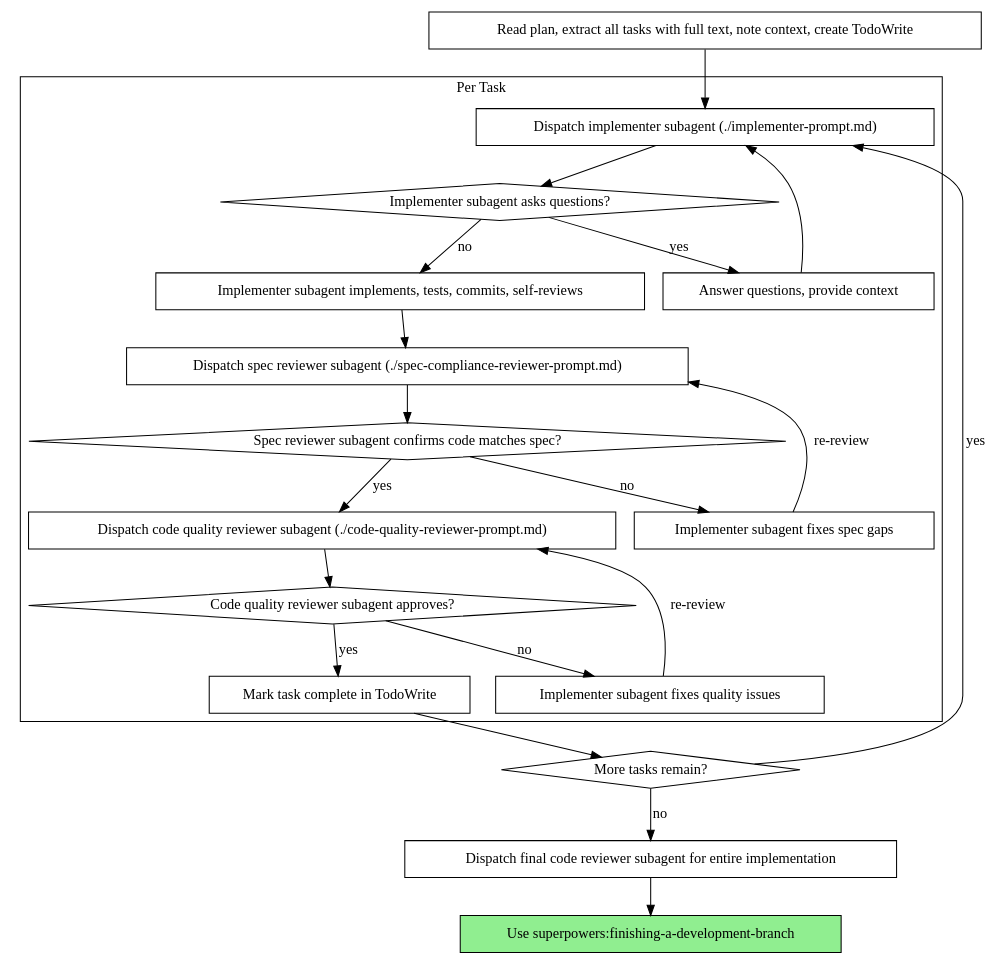
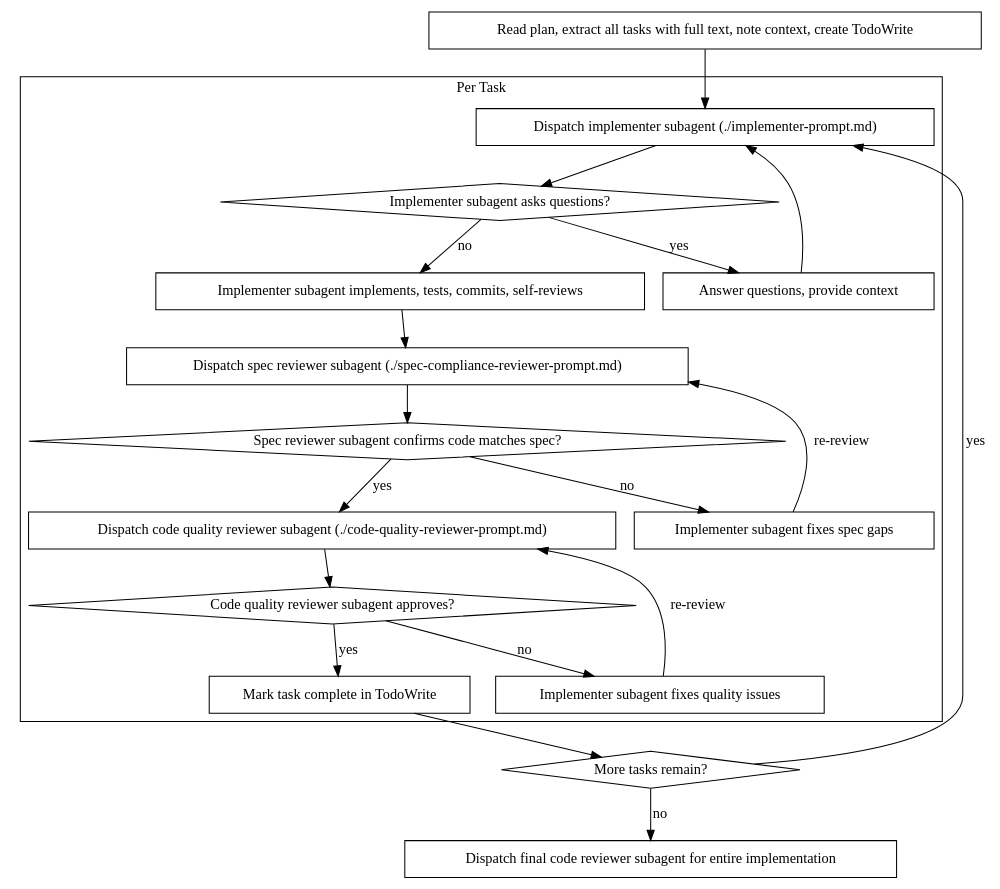
Before and after one commit to Yongbeom-Kim/personal-claude-code: the diagram in development/skills/subagent-driven-execution/SKILL.md, drawn with Graphviz. The commit also changed 3 other files, not shown here.

````diff
--- a/development/skills/subagent-driven-execution/SKILL.md
+++ b/development/skills/subagent-driven-execution/SKILL.md
@@ -18,44 +18,42 @@
 ```dot
 digraph process {
     rankdir=TB;
 
     subgraph cluster_per_task {
         label="Per Task";
         "Dispatch implementer subagent (./implementer-prompt.md)" [shape=box];
         "Implementer subagent asks questions?" [shape=diamond];
         "Answer questions, provide context" [shape=box];
         "Implementer subagent implements, tests, commits, self-reviews" [shape=box];
         "Dispatch spec reviewer subagent (./spec-compliance-reviewer-prompt.md)" [shape=box];
         "Spec reviewer subagent confirms code matches spec?" [shape=diamond];
         "Implementer subagent fixes spec gaps" [shape=box];
         "Dispatch code quality reviewer subagent (./code-quality-reviewer-prompt.md)" [shape=box];
         "Code quality reviewer subagent approves?" [shape=diamond];
         "Implementer subagent fixes quality issues" [shape=box];
         "Mark task complete in TodoWrite" [shape=box];
     }
 
     "Read plan, extract all tasks with full text, note context, create TodoWrite" [shape=box];
     "More tasks remain?" [shape=diamond];
     "Dispatch final code reviewer subagent for entire implementation" [shape=box];
-    "Use superpowers:finishing-a-development-branch" [shape=box style=filled fillcolor=lightgreen];
 
     "Read plan, extract all tasks with full text, note context, create TodoWrite" -> "Dispatch implementer subagent (./implementer-prompt.md)";
     "Dispatch implementer subagent (./implementer-prompt.md)" -> "Implementer subagent asks questions?";
     "Implementer subagent asks questions?" -> "Answer questions, provide context" [label="yes"];
     "Answer questions, provide context" -> "Dispatch implementer subagent (./implementer-prompt.md)";
     "Implementer subagent asks questions?" -> "Implementer subagent implements, tests, commits, self-reviews" [label="no"];
     "Implementer subagent implements, tests, commits, self-reviews" -> "Dispatch spec reviewer subagent (./spec-compliance-reviewer-prompt.md)";
     "Dispatch spec reviewer subagent (./spec-compliance-reviewer-prompt.md)" -> "Spec reviewer subagent confirms code matches spec?";
     "Spec reviewer subagent confirms code matches spec?" -> "Implementer subagent fixes spec gaps" [label="no"];
     "Implementer subagent fixes spec gaps" -> "Dispatch spec reviewer subagent (./spec-compliance-reviewer-prompt.md)" [label="re-review"];
     "Spec reviewer subagent confirms code matches spec?" -> "Dispatch code quality reviewer subagent (./code-quality-reviewer-prompt.md)" [label="yes"];
     "Dispatch code quality reviewer subagent (./code-quality-reviewer-prompt.md)" -> "Code quality reviewer subagent approves?";
     "Code quality reviewer subagent approves?" -> "Implementer subagent fixes quality issues" [label="no"];
     "Implementer subagent fixes quality issues" -> "Dispatch code quality reviewer subagent (./code-quality-reviewer-prompt.md)" [label="re-review"];
     "Code quality reviewer subagent approves?" -> "Mark task complete in TodoWrite" [label="yes"];
     "Mark task complete in TodoWrite" -> "More tasks remain?";
     "More tasks remain?" -> "Dispatch implementer subagent (./implementer-prompt.md)" [label="yes"];
     "More tasks remain?" -> "Dispatch final code reviewer subagent for entire implementation" [label="no"];
-    "Dispatch final code reviewer subagent for entire implementation" -> "Use superpowers:finishing-a-development-branch";
 }
 ```
````
